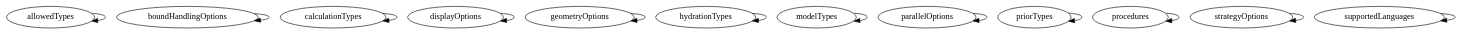
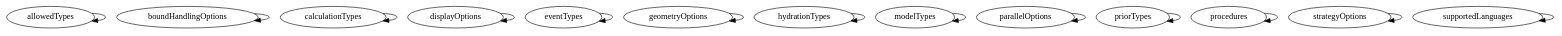
Before and after one commit to RascalSoftware/RAT: the diagram in master/api_reference/API/enums/graph.dot, drawn with Graphviz. The commit also changed 213 other files, not shown here.

```diff
--- a/master/api_reference/API/enums/graph.dot
+++ b/master/api_reference/API/enums/graph.dot
@@ -1,28 +1,30 @@
 /* Created by mdot for Matlab */
 digraph m2html {
   allowedTypes -> allowedTypes;
   boundHandlingOptions -> boundHandlingOptions;
   calculationTypes -> calculationTypes;
   displayOptions -> displayOptions;
+  eventTypes -> eventTypes;
   geometryOptions -> geometryOptions;
   hydrationTypes -> hydrationTypes;
   modelTypes -> modelTypes;
   parallelOptions -> parallelOptions;
   priorTypes -> priorTypes;
   procedures -> procedures;
   strategyOptions -> strategyOptions;
   supportedLanguages -> supportedLanguages;
 
   allowedTypes [URL="allowedTypes.html"];
   boundHandlingOptions [URL="boundHandlingOptions.html"];
   calculationTypes [URL="calculationTypes.html"];
   displayOptions [URL="displayOptions.html"];
+  eventTypes [URL="eventTypes.html"];
   geometryOptions [URL="geometryOptions.html"];
   hydrationTypes [URL="hydrationTypes.html"];
   modelTypes [URL="modelTypes.html"];
   parallelOptions [URL="parallelOptions.html"];
   priorTypes [URL="priorTypes.html"];
   procedures [URL="procedures.html"];
   strategyOptions [URL="strategyOptions.html"];
   supportedLanguages [URL="supportedLanguages.html"];
 }
```
